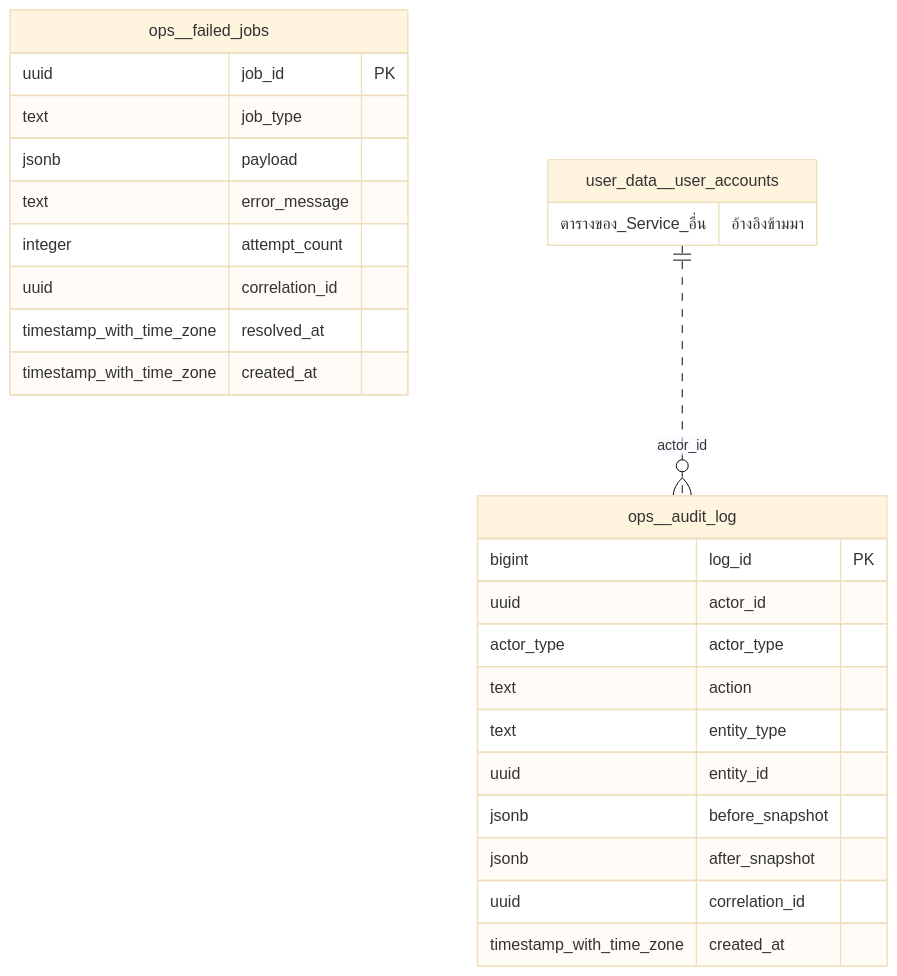
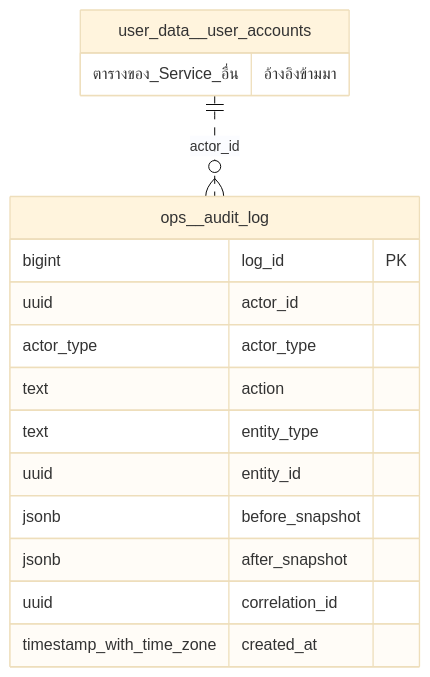
One commit to CapybaraCapybara/Skoolly changed the diagram in Skoolly/reference/er_diagram_ops.mmd. Above: the diagram before and after it, drawn with Mermaid (base theme). The commit also changed 8 other files, not shown here.

Commit message:
feat: add database schema, migrations, and reference documentation

```diff
--- a/Skoolly/reference/er_diagram_ops.mmd
+++ b/Skoolly/reference/er_diagram_ops.mmd
@@ -1,27 +1,17 @@
 erDiagram
   ops__audit_log {
     bigint log_id PK
     uuid actor_id 
     actor_type actor_type 
     text action 
     text entity_type 
     uuid entity_id 
     jsonb before_snapshot 
     jsonb after_snapshot 
     uuid correlation_id 
     timestamp_with_time_zone created_at 
   }
-  ops__failed_jobs {
-    uuid job_id PK
-    text job_type 
-    jsonb payload 
-    text error_message 
-    integer attempt_count 
-    uuid correlation_id 
-    timestamp_with_time_zone resolved_at 
-    timestamp_with_time_zone created_at 
-  }
   user_data__user_accounts {
     ตารางของ_Service_อื่น อ้างอิงข้ามมา
   }
   user_data__user_accounts ||..o{ ops__audit_log : "actor_id"
```
